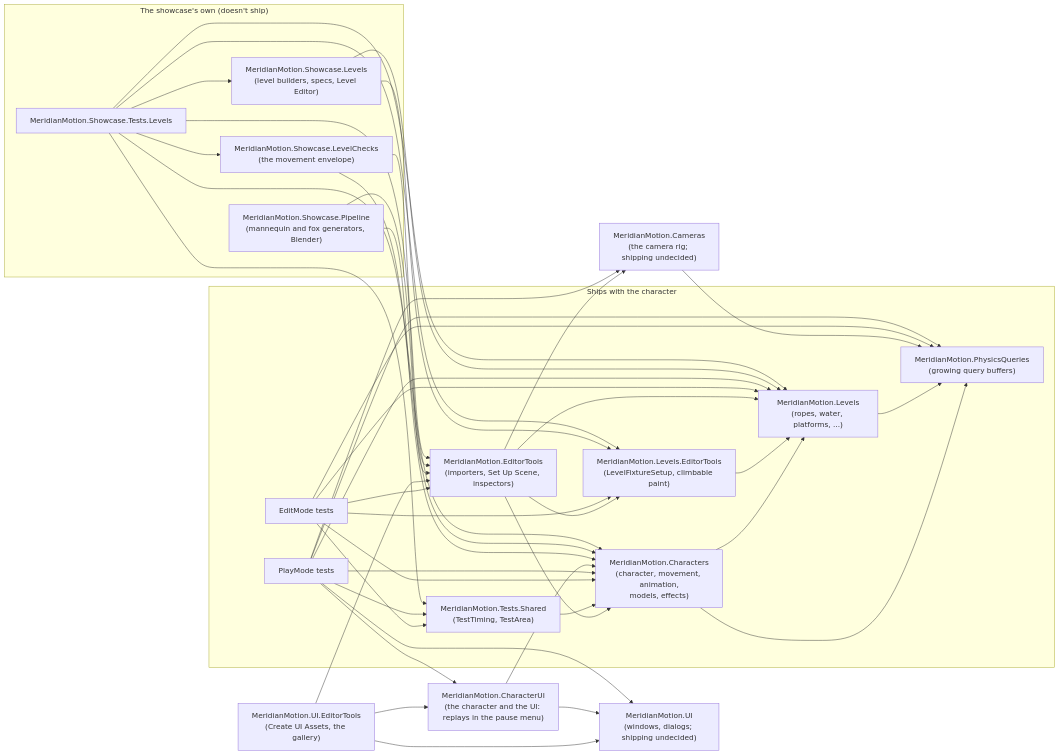
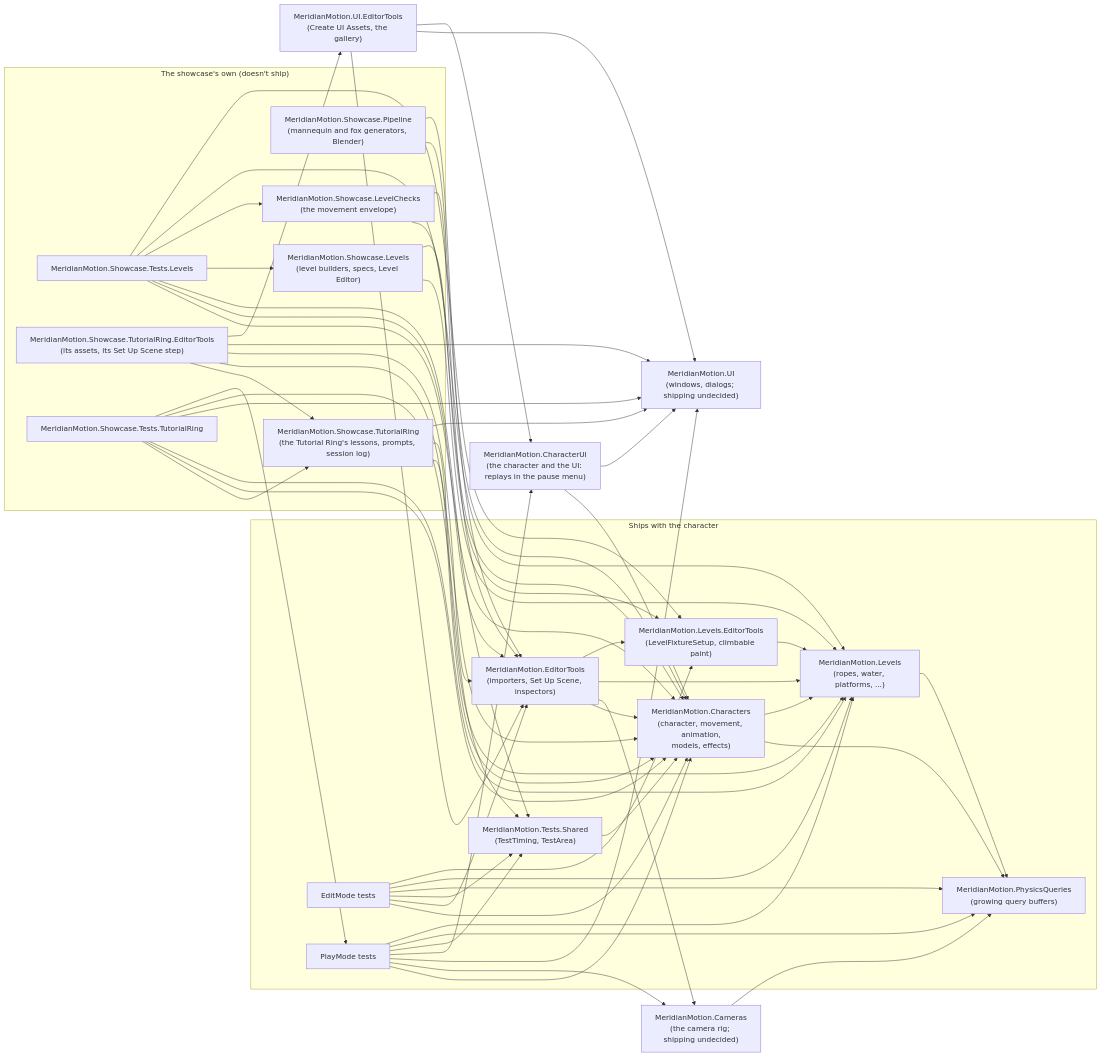
The second of 2 diagrams in docs/architecture.md (HOMMUSVAMPIRE/Character-Showcase), drawn with Mermaid before and after one commit. The commit also changed 144 other files, not shown here.

Commit message:
Tutorial Ring

````diff
--- a/docs/architecture.md
+++ b/docs/architecture.md
@@ -59,64 +59,81 @@
 ```mermaid
 flowchart LR
     subgraph Ships["Ships with the character"]
         Showcase["MeridianMotion.Characters<br/>(character, movement, animation,<br/>models, effects)"]
         Elements["MeridianMotion.Levels<br/>(ropes, water, platforms, ...)"]
         ElementsEditor["MeridianMotion.Levels.EditorTools<br/>(LevelFixtureSetup, climbable paint)"]
         Editor["MeridianMotion.EditorTools<br/>(importers, Set Up Scene, inspectors)"]
         Queries["MeridianMotion.PhysicsQueries<br/>(growing query buffers)"]
         Shared["MeridianMotion.Tests.Shared<br/>(TestTiming, TestArea)"]
         EditTests["EditMode tests"]
         PlayTests["PlayMode tests"]
     end
     Camera["MeridianMotion.Cameras<br/>(the camera rig; shipping undecided)"]
     UI["MeridianMotion.UI<br/>(windows, dialogs; shipping undecided)"]
     UIEditor["MeridianMotion.UI.EditorTools<br/>(Create UI Assets, the gallery)"]
     Bridge["MeridianMotion.CharacterUI<br/>(the character and the UI: replays in the pause menu)"]
     subgraph Showcase_only["The showcase's own (doesn't ship)"]
         LevelEditor["MeridianMotion.Showcase.Levels<br/>(level builders, specs, Level Editor)"]
         Pipeline["MeridianMotion.Showcase.Pipeline<br/>(mannequin and fox generators, Blender)"]
         LevelChecks["MeridianMotion.Showcase.LevelChecks<br/>(the movement envelope)"]
         LevelTests["MeridianMotion.Showcase.Tests.Levels"]
+        Tutorial["MeridianMotion.Showcase.TutorialRing<br/>(the Tutorial Ring's lessons, prompts, session log)"]
+        TutorialEditor["MeridianMotion.Showcase.TutorialRing.EditorTools<br/>(its assets, its Set Up Scene step)"]
+        TutorialTests["MeridianMotion.Showcase.Tests.TutorialRing"]
     end
     Showcase --> Queries
     Showcase --> Elements
     Elements --> Queries
     ElementsEditor --> Elements
     Camera --> Queries
     Editor --> Showcase
     Editor --> Camera
     Editor --> Elements
     Editor --> ElementsEditor
     Shared --> Showcase
     EditTests --> Showcase
     EditTests --> Editor
     EditTests --> Shared
     EditTests --> Queries
     EditTests --> Elements
     EditTests --> ElementsEditor
     PlayTests --> Showcase
     PlayTests --> Camera
     PlayTests --> UI
     UIEditor --> UI
     UIEditor --> Bridge
     Bridge --> Showcase
     Bridge --> UI
     PlayTests --> Bridge
     UIEditor --> Editor
     PlayTests --> Shared
     PlayTests --> Queries
     PlayTests --> Elements
     LevelEditor --> Elements
     LevelEditor --> ElementsEditor
     Pipeline --> Showcase
     Pipeline --> Editor
     LevelChecks --> Showcase
     LevelChecks --> Editor
     LevelTests --> Showcase
     LevelTests --> Editor
     LevelTests --> Shared
     LevelTests --> LevelEditor
     LevelTests --> LevelChecks
     LevelTests --> Elements
     LevelTests --> ElementsEditor
+    Tutorial --> Showcase
+    Tutorial --> Elements
+    Tutorial --> UI
+    TutorialEditor --> Tutorial
+    TutorialEditor --> Showcase
+    TutorialEditor --> Editor
+    TutorialEditor --> UI
+    TutorialEditor --> UIEditor
+    TutorialTests --> Tutorial
+    TutorialTests --> Showcase
+    TutorialTests --> Elements
+    TutorialTests --> UI
+    TutorialTests --> Shared
+    TutorialTests --> PlayTests
 ```
````
